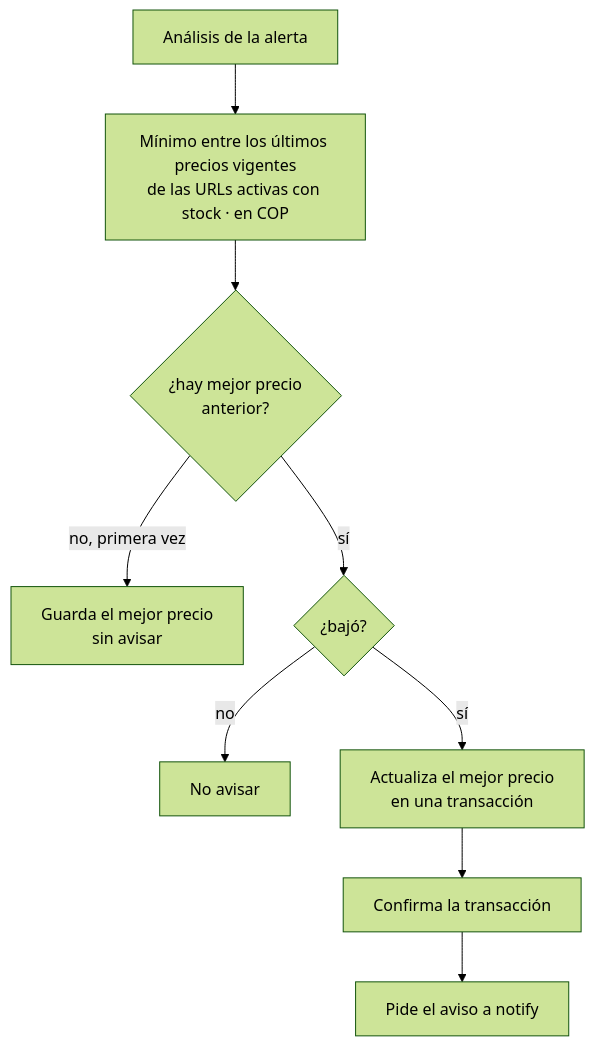
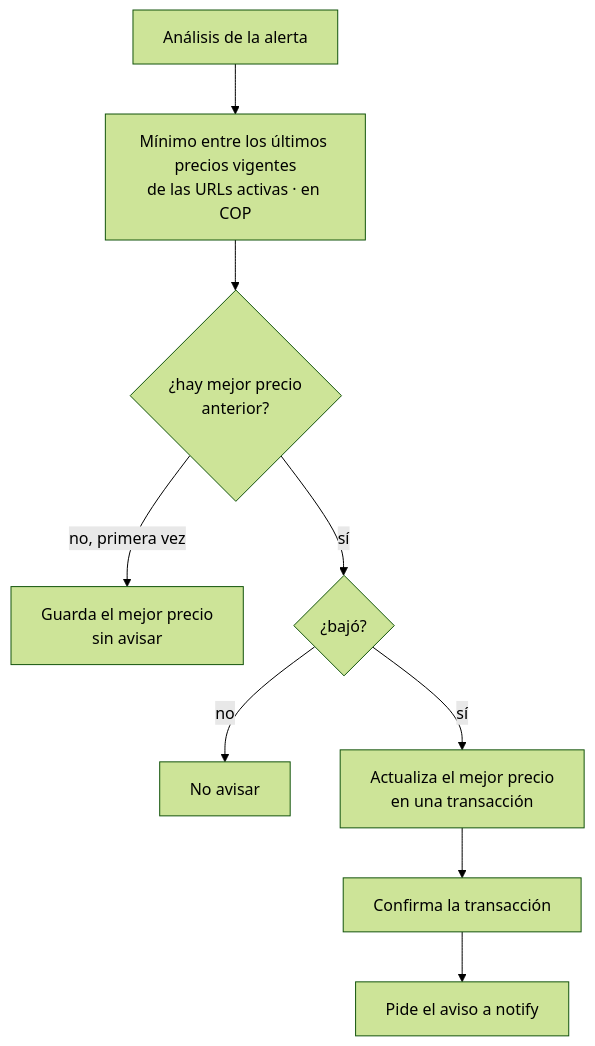
Before and after one commit to vida-I-found-it/architecture: the sixth of 6 diagrams in _docs/architecture/scraping-flow.md, drawn with Mermaid (forest theme). The commit also changed other lines of this file and 7 other files, not shown here.

First line of the commit message:
docs(architecture): 🏗️ close DEC-21 and amend DEC-22, ignore stock in analysis

````diff
--- a/_docs/architecture/scraping-flow.md
+++ b/_docs/architecture/scraping-flow.md
@@ -247,11 +247,11 @@
 ```mermaid
 graph TD
-    A[Análisis de la alerta] --> MIN[Mínimo entre los últimos precios vigentes<br/>de las URLs activas con stock · en COP]
+    A[Análisis de la alerta] --> MIN[Mínimo entre los últimos precios vigentes<br/>de las URLs activas · en COP]
     MIN --> P{¿hay mejor precio<br/>anterior?}
     P -->|no, primera vez| G[Guarda el mejor precio<br/>sin avisar]
     P -->|sí| C{¿bajó?}
     C -->|no| X[No avisar]
     C -->|sí| U[Actualiza el mejor precio<br/>en una transacción]
     U --> OK[Confirma la transacción]
     OK --> N[Pide el aviso a notify]
 ```
````
